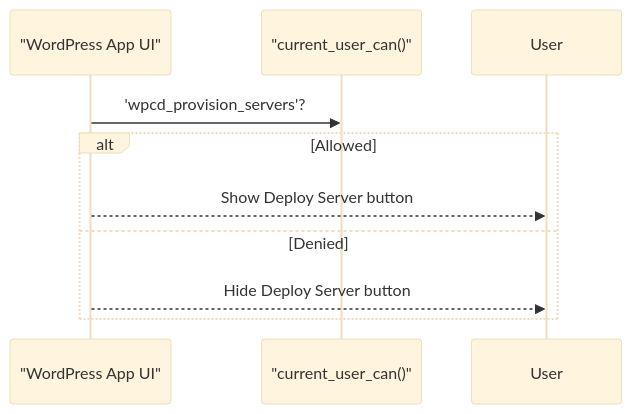
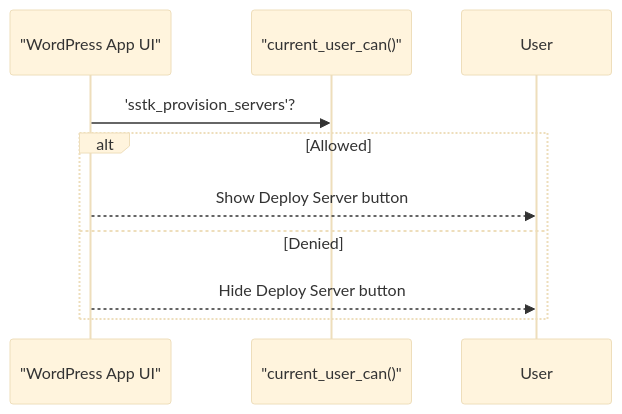
The seventh of 8 diagrams in .qoder/repowiki/en/content/Security & Authentication/Authorization Controls.md (onedogsolutions/simple-stack), drawn with Mermaid (base theme) before and after one commit. The commit also changed other lines of this file and 5941 other files, not shown here.

````diff
--- a/.qoder/repowiki/en/content/Security & Authentication/Authorization Controls.md
+++ b/.qoder/repowiki/en/content/Security & Authentication/Authorization Controls.md
@@ -272,11 +272,11 @@
 ```mermaid
 sequenceDiagram
 participant UI as "WordPress App UI"
 participant CAP as "current_user_can()"
-UI->>CAP : 'wpcd_provision_servers'?
+UI->>CAP : 'sstk_provision_servers'?
 alt Allowed
 UI-->>User : Show Deploy Server button
 else Denied
 UI-->>User : Hide Deploy Server button
 end
 ```
````
